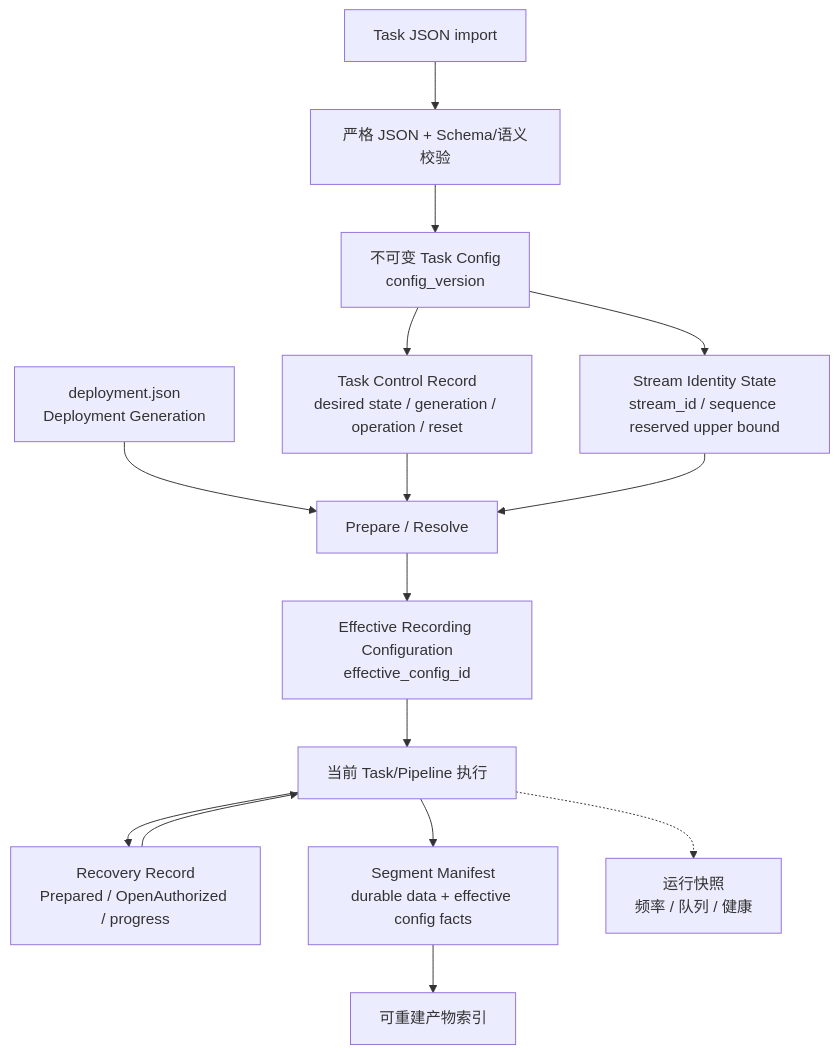
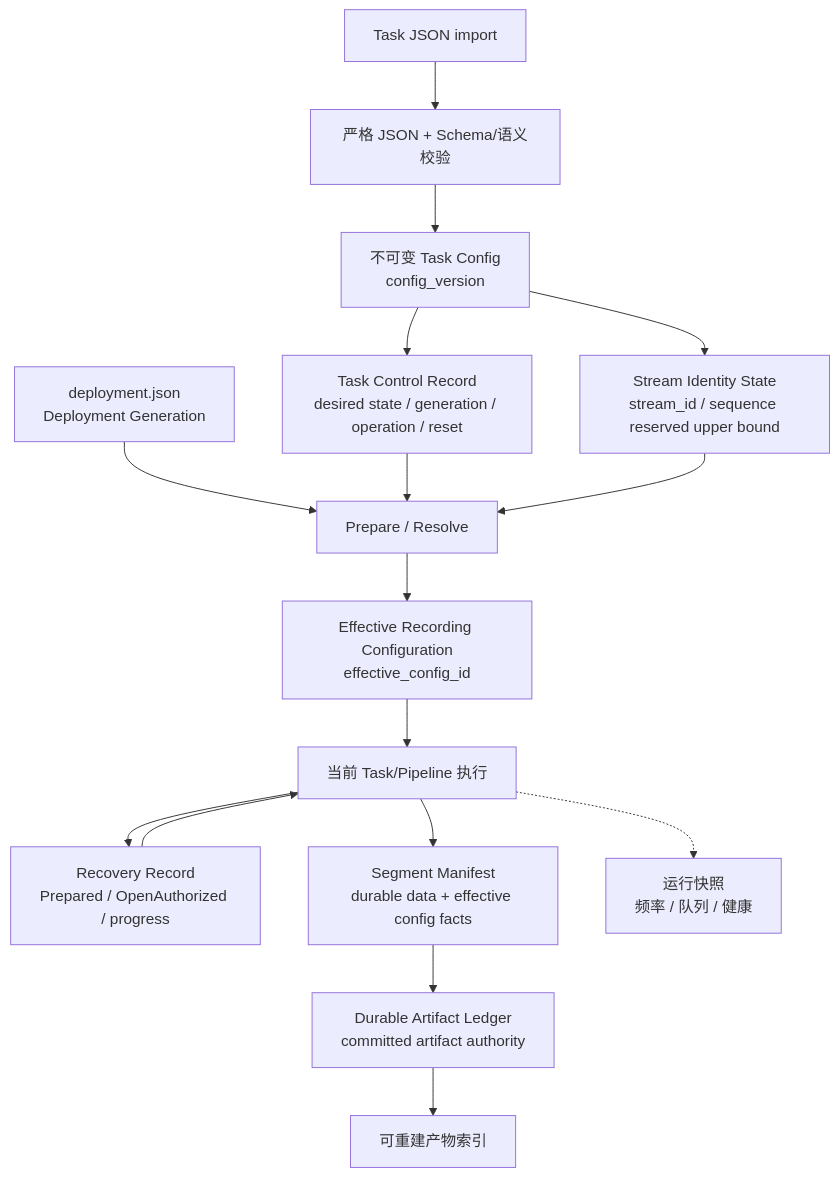
One commit to SiYueY/rodaq changed diagram 14 of 16 in docs/design/architecture.md. Above: the diagram before and after it, drawn with Mermaid. The commit also changed other lines of this file and 6 other files, not shown here.

````diff
--- a/docs/design/architecture.md
+++ b/docs/design/architecture.md
@@ -899,17 +972,18 @@
 ```mermaid
 flowchart TB
     Deploy["deployment.json\nDeployment Generation"] --> Resolve["Prepare / Resolve"]
     Import["Task JSON import"] --> Validate["严格 JSON + Schema/语义校验"]
     Validate --> Config["不可变 Task Config\nconfig_version"]
     Config --> Control["Task Control Record\ndesired state / generation / operation / reset"]
     Config --> Identity["Stream Identity State\nstream_id / sequence reserved upper bound"]
     Control --> Resolve
     Identity --> Resolve
     Resolve --> Effective["Effective Recording Configuration\neffective_config_id"]
     Effective --> Runtime["当前 Task/Pipeline 执行"]
     Runtime --> Recovery["Recovery Record\nPrepared / OpenAuthorized / progress"]
     Runtime --> Segment["Segment Manifest\ndurable data + effective config facts"]
     Runtime -.-> Snapshot["运行快照\n频率 / 队列 / 健康"]
-    Segment --> Catalog["可重建产物索引"]
+    Segment --> Ledger["Durable Artifact Ledger\ncommitted artifact authority"]
+    Ledger --> Catalog["可重建产物索引"]
     Recovery --> Runtime
 ```
````
